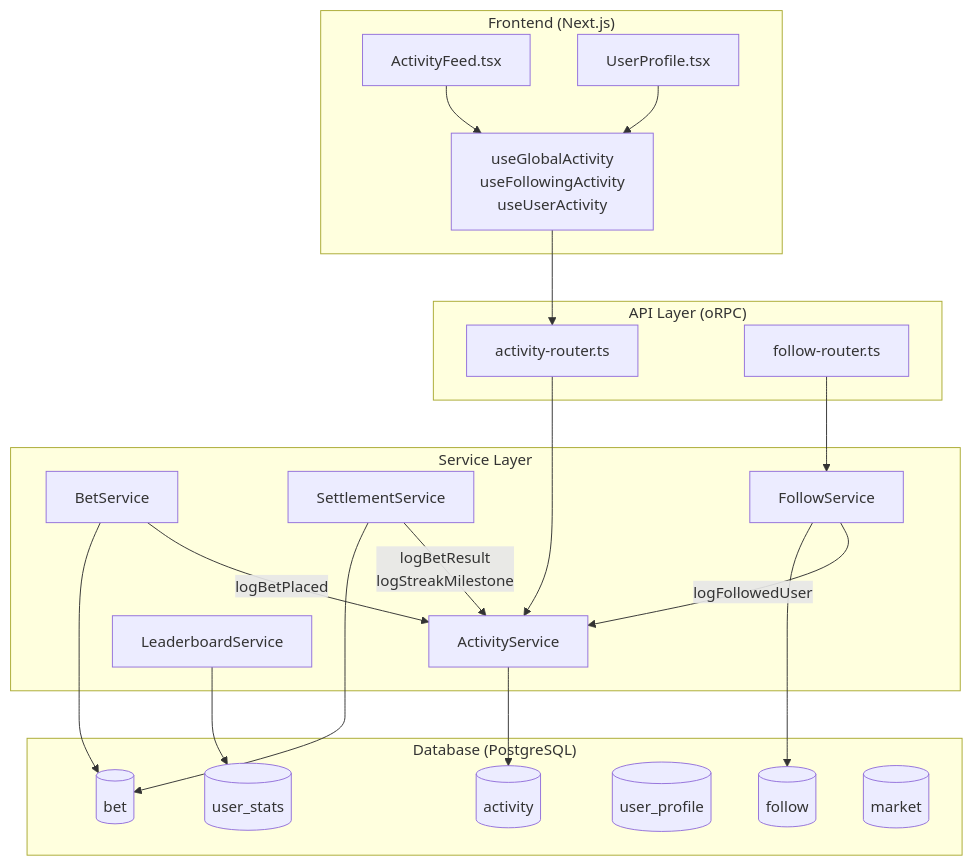
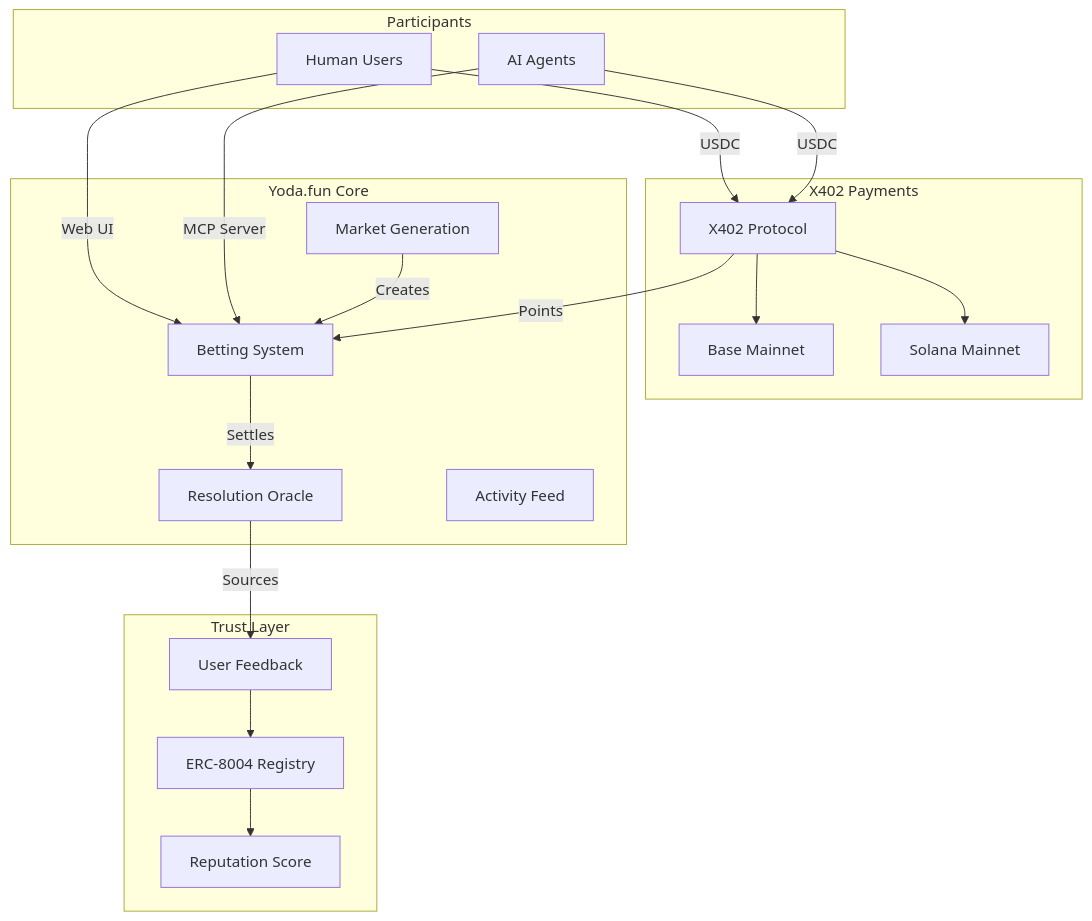
One commit to grmkris/yoda.fun changed the first of 7 diagrams in docs/ACTIVITY_SYSTEM_OVERVIEW.md. Above: the diagram before and after it, drawn with Mermaid. The commit also changed other lines of this file and 6 other files, not shown here.

First line of the commit message:
Update activity system overview and hackathon presentation materials

````diff
--- a/docs/ACTIVITY_SYSTEM_OVERVIEW.md
+++ b/docs/ACTIVITY_SYSTEM_OVERVIEW.md
@@ -5,46 +16,41 @@
 ```mermaid
 flowchart TB
-    subgraph Frontend["Frontend (Next.js)"]
-        AF[ActivityFeed.tsx]
-        UP[UserProfile.tsx]
-        Hooks[useGlobalActivity<br/>useFollowingActivity<br/>useUserActivity]
+    subgraph Users["Participants"]
+        Human[Human Users]
+        Agent[AI Agents]
     end
 
-    subgraph API["API Layer (oRPC)"]
-        AR[activity-router.ts]
-        FR[follow-router.ts]
+    subgraph Payments["X402 Payments"]
+        X402[X402 Protocol]
+        Base[Base Mainnet]
+        Solana[Solana Mainnet]
     end
 
-    subgraph Services["Service Layer"]
-        AS[ActivityService]
-        BS[BetService]
-        SS[SettlementService]
-        FS[FollowService]
-        LS[LeaderboardService]
+    subgraph Core["Yoda.fun Core"]
+        MG[Market Generation]
+        Betting[Betting System]
+        Resolution[Resolution Oracle]
+        Activity[Activity Feed]
     end
 
-    subgraph DB["Database (PostgreSQL)"]
-        ACT[(activity)]
-        FOL[(follow)]
-        UST[(user_stats)]
-        UPR[(user_profile)]
-        BET[(bet)]
-        MKT[(market)]
+    subgraph Trust["Trust Layer"]
+        ERC8004[ERC-8004 Registry]
+        Feedback[User Feedback]
+        Reputation[Reputation Score]
     end
 
-    AF --> Hooks
-    UP --> Hooks
-    Hooks --> AR
-    AR --> AS
-    FR --> FS
+    Human -->|Web UI| Betting
+    Agent -->|MCP Server| Betting
 
-    BS -->|logBetPlaced| AS
-    SS -->|logBetResult<br/>logStreakMilestone| AS
-    FS -->|logFollowedUser| AS
+    Human -->|USDC| X402
+    Agent -->|USDC| X402
+    X402 --> Base
+    X402 --> Solana
+    X402 -->|Points| Betting
 
-    AS --> ACT
-    FS --> FOL
-    LS --> UST
-    SS --> BET
-    BS --> BET
+    MG -->|Creates| Betting
+    Betting -->|Settles| Resolution
+    Resolution -->|Sources| Feedback
+    Feedback --> ERC8004
+    ERC8004 --> Reputation
 ```
````
